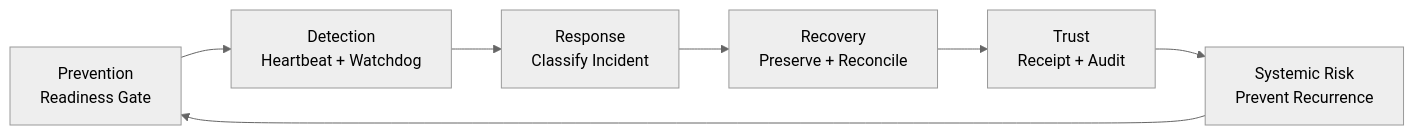
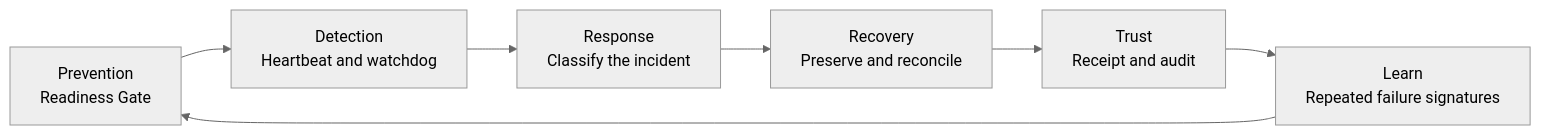
Before and after one commit to shaunmortal/online-assessment: the second of 3 diagrams in README.md, drawn with Mermaid (neutral theme). The commit also changed other lines of this file and 4 other files, not shown here.

````diff
--- a/README.md
+++ b/README.md
@@ -71,9 +85,9 @@
-``` mermaid
+```mermaid
 flowchart LR
-    P[Prevention<br/>Readiness Gate] --> D[Detection<br/>Heartbeat + Watchdog]
-    D --> S[Response<br/>Classify Incident]
-    S --> R[Recovery<br/>Preserve + Reconcile]
-    R --> T[Trust<br/>Receipt + Audit]
-    T --> A[Systemic Risk<br/>Prevent Recurrence]
+    P[Prevention<br/>Readiness Gate] --> D[Detection<br/>Heartbeat and watchdog]
+    D --> S[Response<br/>Classify the incident]
+    S --> R[Recovery<br/>Preserve and reconcile]
+    R --> T[Trust<br/>Receipt and audit]
+    T --> A[Learn<br/>Repeated failure signatures]
     A --> P
 ```
````
